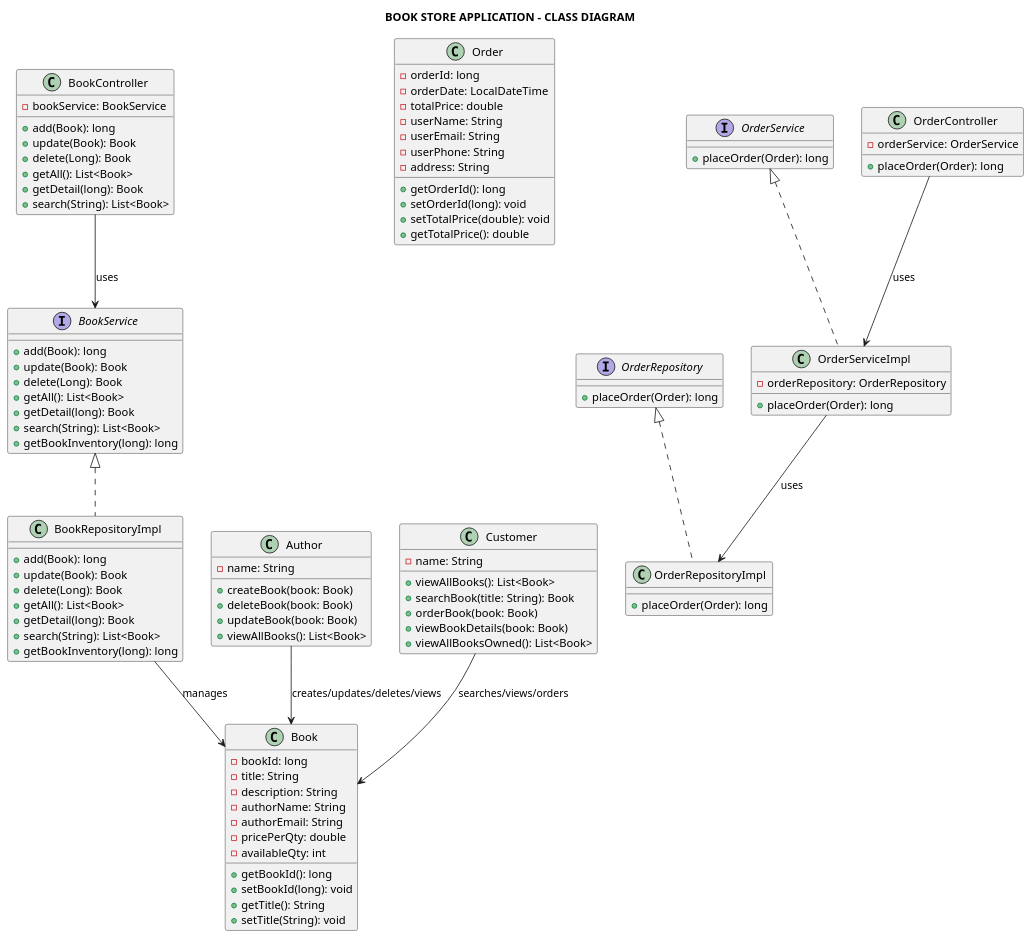
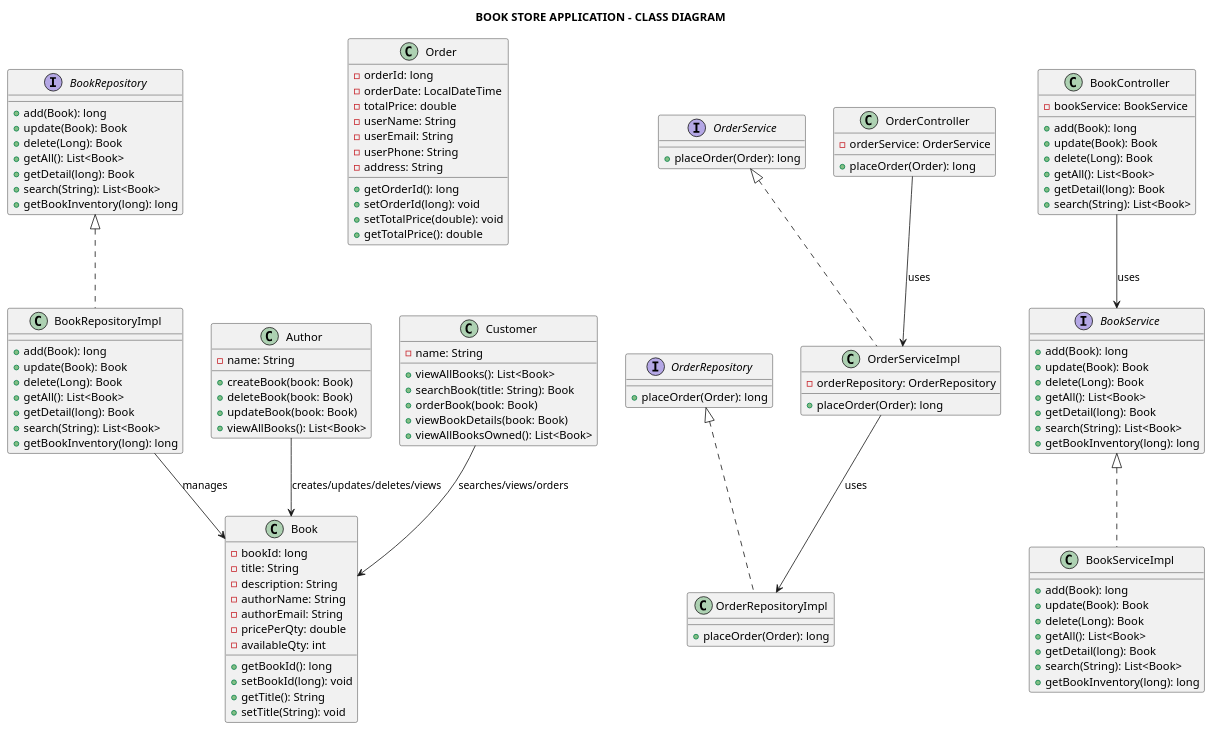
Before and after one commit to longnca/bookstore-java-app-project: the diagram in assets/bookstoreAppUML.puml, drawn with PlantUML. The commit also changed 4 other files, not shown here.

Commit message:
add interfaces and classes of Repository and Service

```diff
--- a/assets/bookstoreAppUML.puml
+++ b/assets/bookstoreAppUML.puml
@@ -1,108 +1,128 @@
 @startuml
 title BOOK STORE APPLICATION - CLASS DIAGRAM
 
 class Book {
     -bookId: long
     -title: String
     -description: String
     -authorName: String
     -authorEmail: String
     -pricePerQty: double
     -availableQty: int
     +getBookId(): long
     +setBookId(long): void
     +getTitle(): String
     +setTitle(String): void
 }
 
 class Order {
     -orderId: long
     -orderDate: LocalDateTime
     -totalPrice: double
     -userName: String
     -userEmail: String
     -userPhone: String
     -address: String
     +getOrderId(): long
     +setOrderId(long): void
     +setTotalPrice(double): void
     +getTotalPrice(): double
 }
 
 interface OrderRepository {
     +placeOrder(Order): long
 }
 
 class OrderRepositoryImpl implements OrderRepository {
     +placeOrder(Order): long
 }
 
 interface OrderService {
     +placeOrder(Order): long
 }
 
 class OrderServiceImpl implements OrderService {
     -orderRepository: OrderRepository
     +placeOrder(Order): long
 }
 
 interface BookService {
     +add(Book): long
     +update(Book): Book
     +delete(Long): Book
     +getAll(): List<Book>
     +getDetail(long): Book
     +search(String): List<Book>
     +getBookInventory(long): long
 }
 
-class BookRepositoryImpl implements BookService {
+class BookServiceImpl implements BookService {
+    +add(Book): long
+    +update(Book): Book
+    +delete(Long): Book
+    +getAll(): List<Book>
+    +getDetail(long): Book
+    +search(String): List<Book>
+    +getBookInventory(long): long
+}
+
+interface BookRepository {
+    +add(Book): long
+    +update(Book): Book
+    +delete(Long): Book
+    +getAll(): List<Book>
+    +getDetail(long): Book
+    +search(String): List<Book>
+    +getBookInventory(long): long
+}
+
+class BookRepositoryImpl implements BookRepository {
     +add(Book): long
     +update(Book): Book
     +delete(Long): Book
     +getAll(): List<Book>
     +getDetail(long): Book
     +search(String): List<Book>
     +getBookInventory(long): long
 }
 
 class BookController {
     -bookService: BookService
     +add(Book): long
     +update(Book): Book
     +delete(Long): Book
     +getAll(): List<Book>
     +getDetail(long): Book
     +search(String): List<Book>
 }
 
 class OrderController {
     -orderService: OrderService
     +placeOrder(Order): long
 }
 
 class Author {
     -name: String
     +createBook(book: Book)
     +deleteBook(book: Book)
     +updateBook(book: Book)
     +viewAllBooks(): List<Book>
 }
 
 class Customer {
     -name: String
     +viewAllBooks(): List<Book>
     +searchBook(title: String): Book
     +orderBook(book: Book)
     +viewBookDetails(book: Book)
     +viewAllBooksOwned(): List<Book>
 }
 
 OrderController --> OrderServiceImpl : uses
 OrderServiceImpl --> OrderRepositoryImpl : uses
 BookController --> BookService : uses
 BookRepositoryImpl --> Book : manages
 Author --> Book : creates/updates/deletes/views
 Customer --> Book : searches/views/orders
 
 @enduml
```
